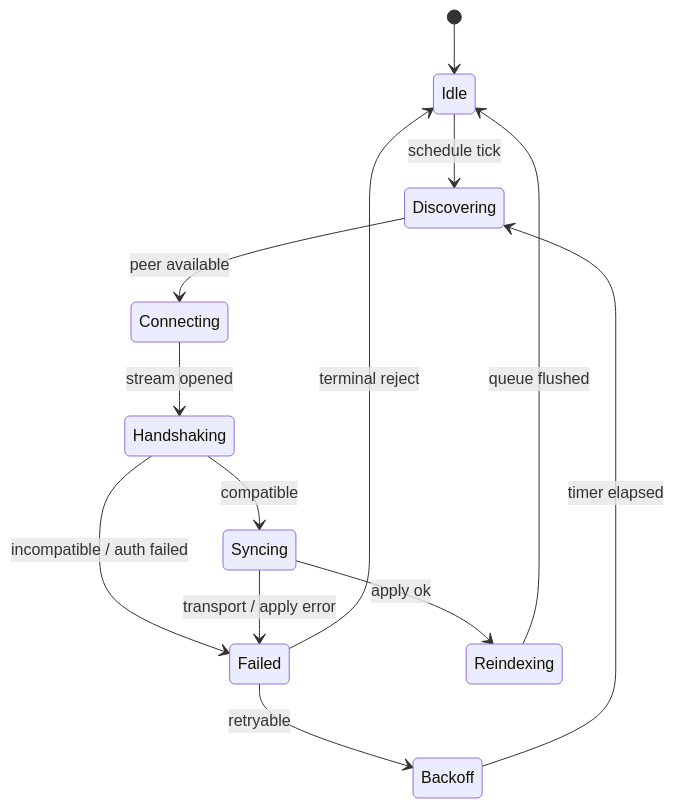
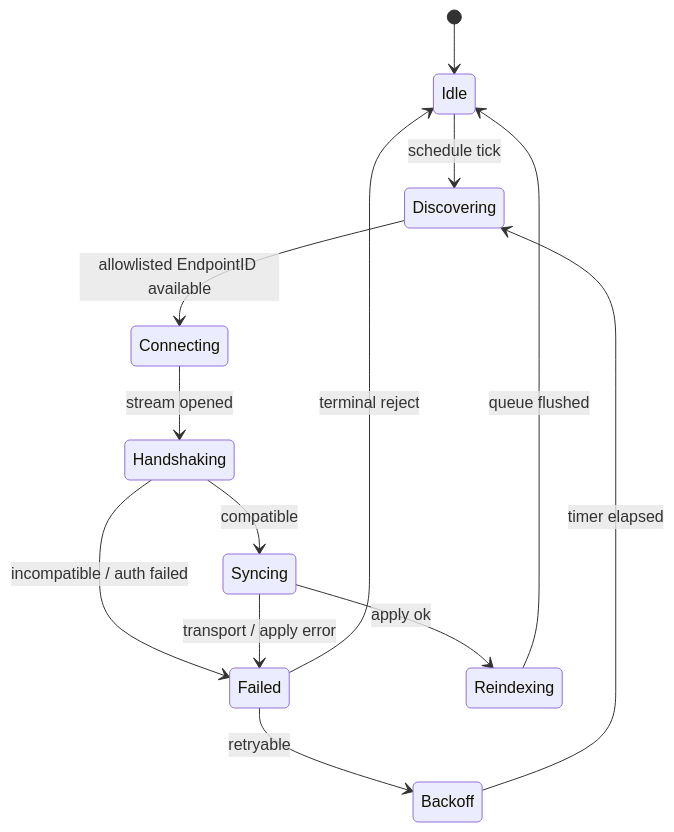
Before and after one commit to Taku315o/crdt-agent-memory: the eighth of 8 diagrams in docs/architecture/workflows.md, drawn with Mermaid. The commit also changed other lines of this file and 10 other files, not shown here.

````diff
--- a/docs/architecture/workflows.md
+++ b/docs/architecture/workflows.md
@@ -196,15 +260,15 @@
 ```mermaid
 stateDiagram-v2
     [*] --> Idle
     Idle --> Discovering: schedule tick
-    Discovering --> Connecting: peer available
+    Discovering --> Connecting: allowlisted EndpointID available
     Connecting --> Handshaking: stream opened
     Handshaking --> Syncing: compatible
     Handshaking --> Failed: incompatible / auth failed
     Syncing --> Reindexing: apply ok
     Reindexing --> Idle: queue flushed
     Syncing --> Failed: transport / apply error
     Failed --> Backoff: retryable
     Backoff --> Discovering: timer elapsed
     Failed --> Idle: terminal reject
 ```
````
